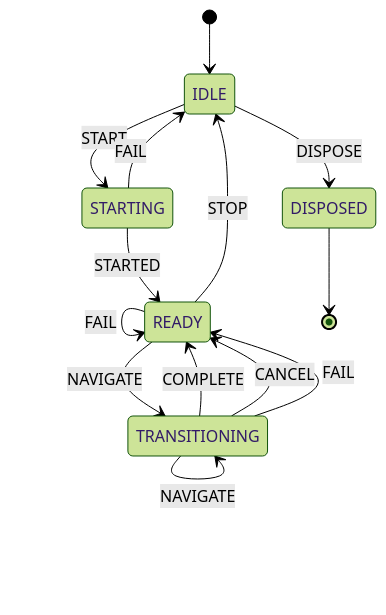
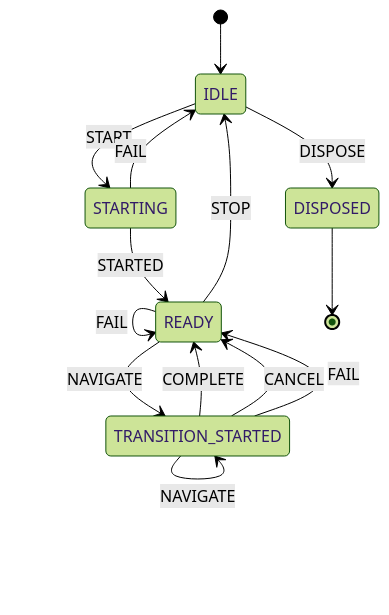
One commit to greydragon888/real-router changed the second of 3 diagrams in ARCHITECTURE.md. Above: the diagram before and after it, drawn with Mermaid (forest theme). The commit also changed other lines of this file and 11 other files, not shown here.

Commit message:
refactor(core): rename TRANSITIONING → TRANSITION_STARTED

````diff
--- a/ARCHITECTURE.md
+++ b/ARCHITECTURE.md
@@ -205,20 +205,20 @@
 ```mermaid
 stateDiagram-v2
     [*] --> IDLE
     IDLE --> STARTING : START
     IDLE --> DISPOSED : DISPOSE
 
     STARTING --> READY : STARTED
     STARTING --> IDLE : FAIL
 
-    READY --> TRANSITIONING : NAVIGATE
+    READY --> TRANSITION_STARTED : NAVIGATE
     READY --> READY : FAIL
     READY --> IDLE : STOP
 
-    TRANSITIONING --> TRANSITIONING : NAVIGATE
-    TRANSITIONING --> READY : COMPLETE
-    TRANSITIONING --> READY : CANCEL
-    TRANSITIONING --> READY : FAIL
+    TRANSITION_STARTED --> TRANSITION_STARTED : NAVIGATE
+    TRANSITION_STARTED --> READY : COMPLETE
+    TRANSITION_STARTED --> READY : CANCEL
+    TRANSITION_STARTED --> READY : FAIL
 
     DISPOSED --> [*]
 ```
````
